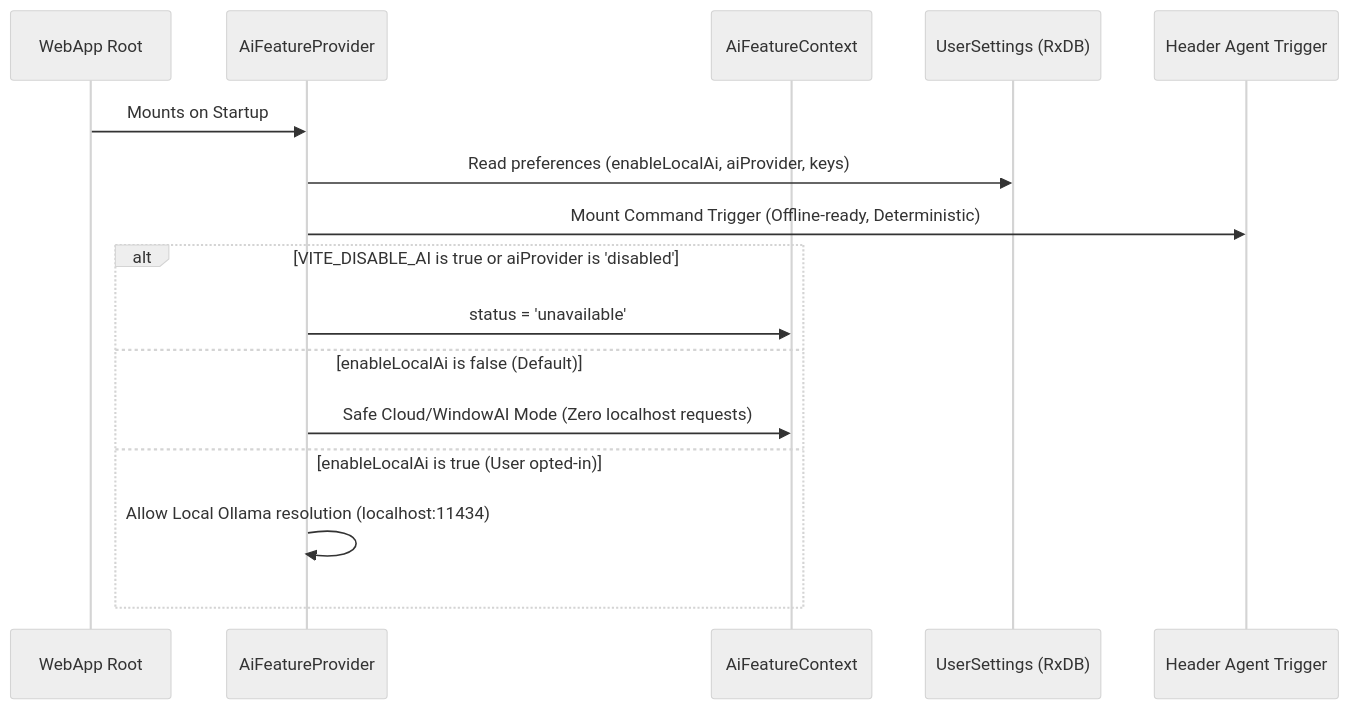
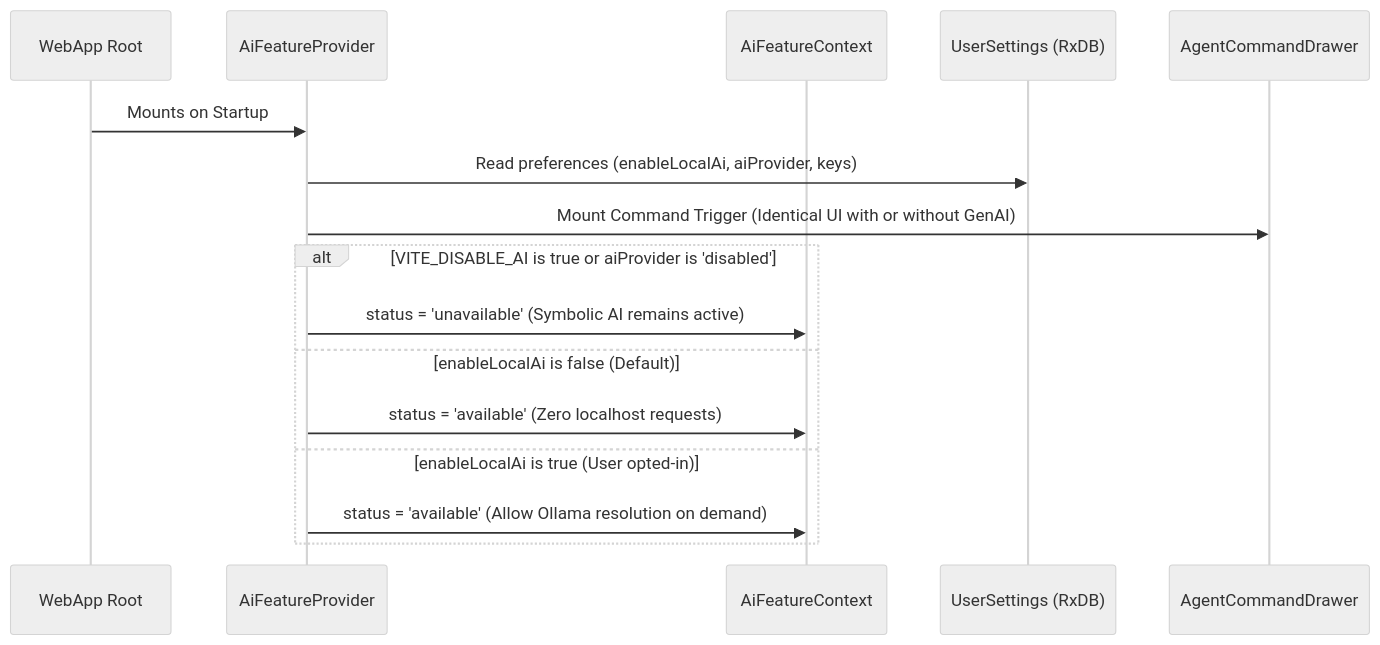
Before and after one commit to qozara/Quozen: the diagram in docs/architecture/ai-preflight-checks.md, drawn with Mermaid (neutral theme). The commit also changed other lines of this file and 50 other files, not shown here.

Commit message:
refactor(ai): adopt @qozara/ai-client 1.1.0, remove legacy core agent, and make GenAI escalation transparent (#82)

````diff
--- a/docs/architecture/ai-preflight-checks.md
+++ b/docs/architecture/ai-preflight-checks.md
@@ -17,23 +17,23 @@
 ```mermaid
 sequenceDiagram
     participant App as WebApp Root
     participant Provider as AiFeatureProvider
     participant Context as AiFeatureContext
     participant Settings as UserSettings (RxDB)
-    participant Header as Header Agent Trigger
+    participant Drawer as AgentCommandDrawer
 
     App->>Provider: Mounts on Startup
     Provider->>Settings: Read preferences (enableLocalAi, aiProvider, keys)
     
-    %% Deterministic command bar is ALWAYS available
-    Provider->>Header: Mount Command Trigger (Offline-ready, Deterministic)
+    %% Deterministic command drawer is ALWAYS available
+    Provider->>Drawer: Mount Command Trigger (Identical UI with or without GenAI)
     
-    %% Optional AI Escalation Readiness Check
+    %% Optional GenAI Readiness Check
     alt VITE_DISABLE_AI is true or aiProvider is 'disabled'
-        Provider->>Context: status = 'unavailable'
+        Provider->>Context: status = 'unavailable' (Symbolic AI remains active)
     else enableLocalAi is false (Default)
-        Provider->>Context: Safe Cloud/WindowAI Mode (Zero localhost requests)
+        Provider->>Context: status = 'available' (Zero localhost requests)
     else enableLocalAi is true (User opted-in)
-        Provider->>Provider: Allow Local Ollama resolution (localhost:11434)
+        Provider->>Context: status = 'available' (Allow Ollama resolution on demand)
     end
 ```
````
